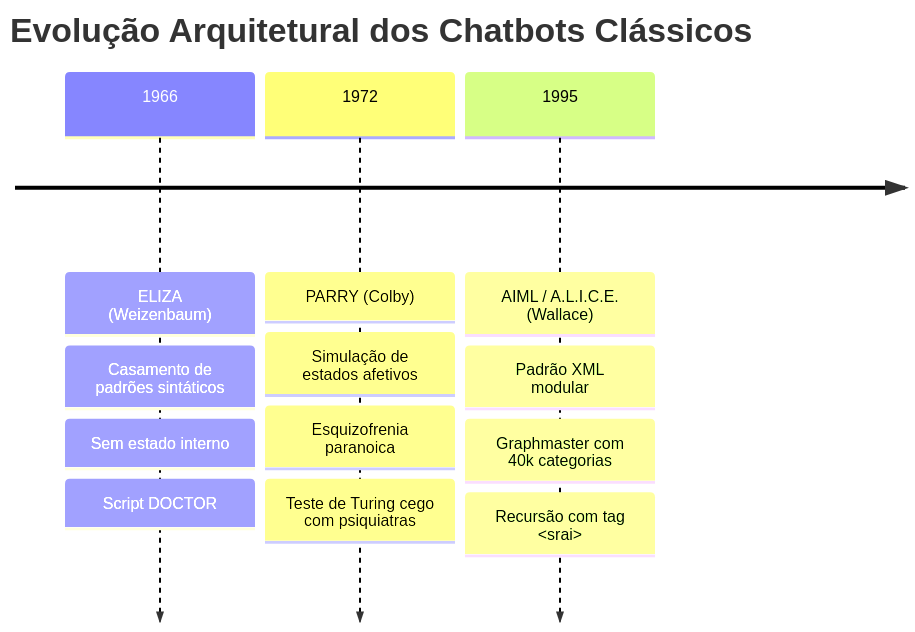
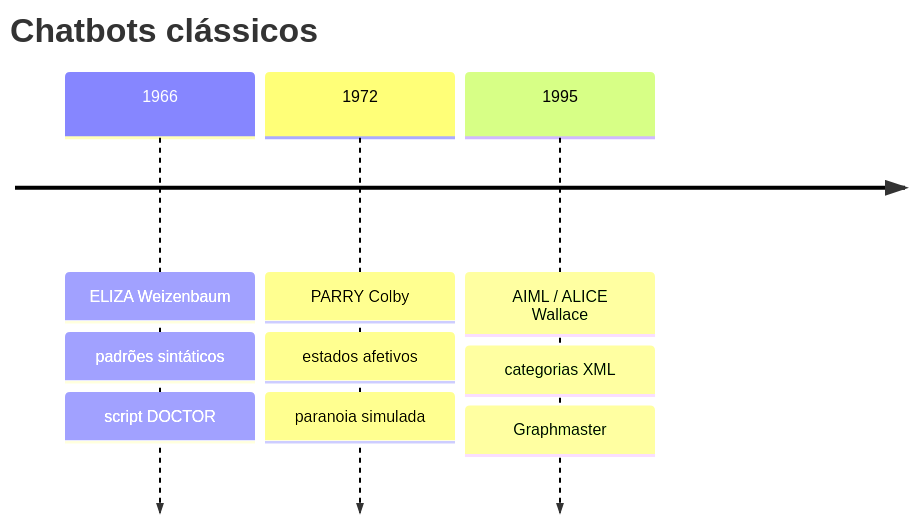
The second of 2 diagrams in docs/q03_eliza.md (brunog2/lista2-ia-ufal), drawn with Mermaid before and after one commit. The commit also changed other lines of this file and 3 other files, not shown here.

````diff
--- a/docs/q03_eliza.md
+++ b/docs/q03_eliza.md
@@ -116,7 +159,7 @@
 ```mermaid
 timeline
-    title Evolução Arquitetural dos Chatbots Clássicos
-    1966 : ELIZA (Weizenbaum) : Casamento de padrões sintáticos : Sem estado interno : Script DOCTOR
-    1972 : PARRY (Colby) : Simulação de estados afetivos : Esquizofrenia paranoica : Teste de Turing cego com psiquiatras
-    1995 : AIML / A.L.I.C.E. (Wallace) : Padrão XML modular : Graphmaster com 40k categorias : Recursão com tag <srai>
+    title Chatbots clássicos
+    1966 : ELIZA Weizenbaum : padrões sintáticos : script DOCTOR
+    1972 : PARRY Colby : estados afetivos : paranoia simulada
+    1995 : AIML / ALICE Wallace : categorias XML : Graphmaster
 ```
````
